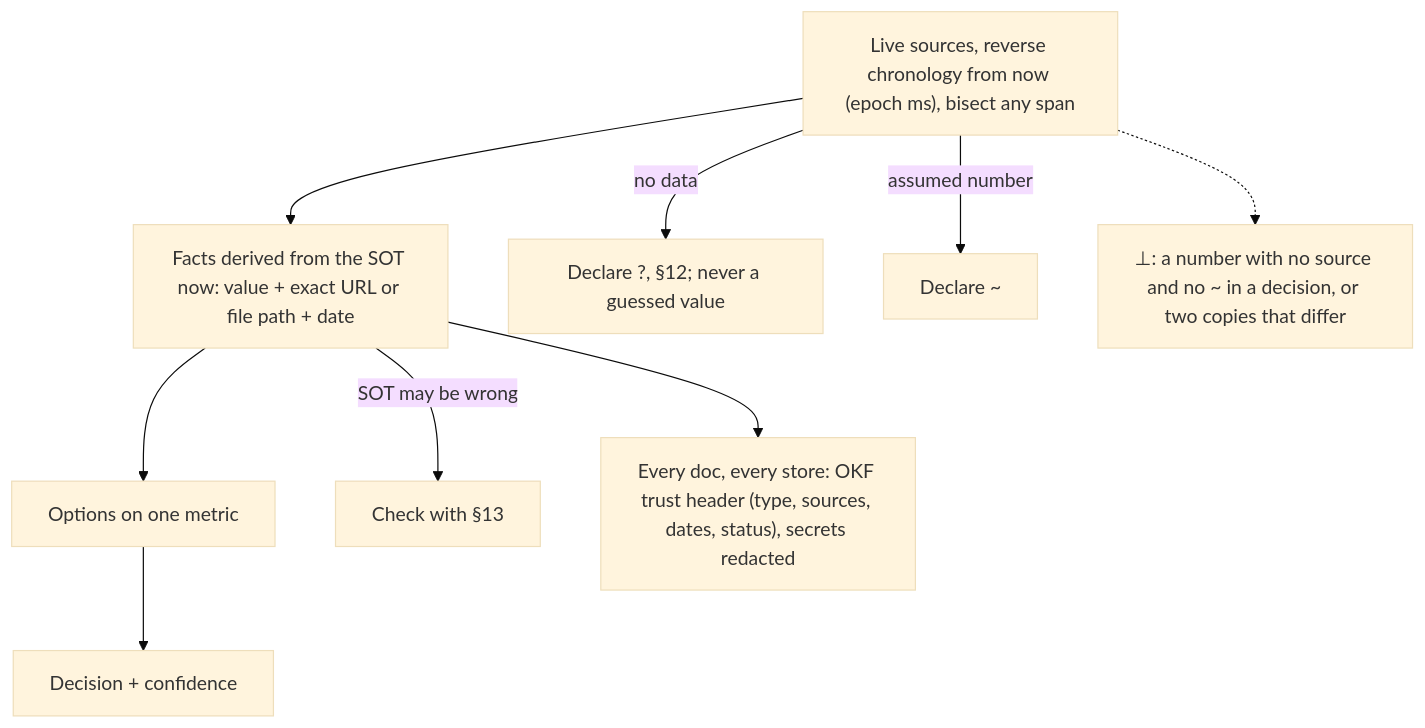
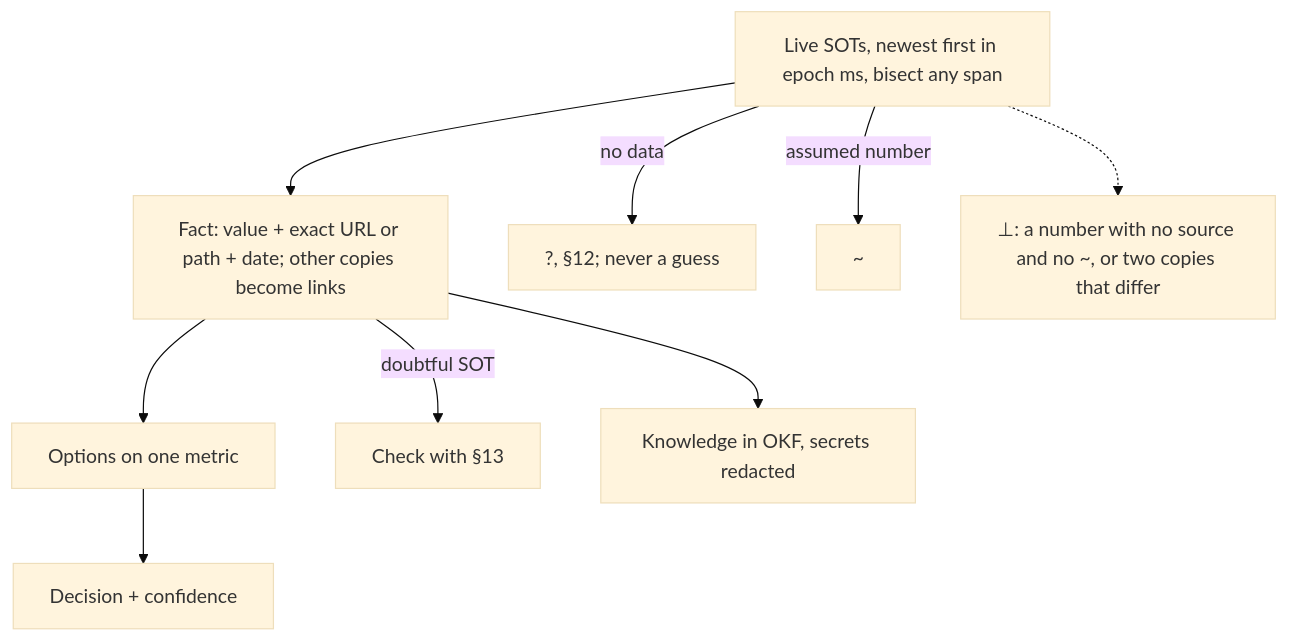
Before and after one commit to SolenixAI/arbiter: the sixth of 14 diagrams in AGENTS.md, drawn with Mermaid (base theme). The commit also changed other lines of this file and 1 other file, not shown here.

First line of the commit message:
refactor(agents): every token earns its place: -20.5% per request, all rules and forms kept

````diff
--- a/AGENTS.md
+++ b/AGENTS.md
@@ -314,10 +221,10 @@
 ```mermaid
 flowchart TD
-  D["Live sources, reverse chronology from now (epoch ms), bisect any span"] --> E[Facts derived from the SOT now: value + exact URL or file path + date]
+  D["Live SOTs, newest first in epoch ms, bisect any span"] --> E["Fact: value + exact URL or path + date; other copies become links"]
   E --> O[Options on one metric] --> C[Decision + confidence]
-  D -->|no data| U["Declare ?, §12; never a guessed value"]
-  D -->|assumed number| U2["Declare ~"]
-  E -->|SOT may be wrong| S13[Check with §13]
-  E --> K["Every doc, every store: OKF trust header (type, sources, dates, status), secrets redacted"]
-  D -.-> BOT["⊥: a number with no source and no ~ in a decision, or two copies that differ"]
+  D -->|no data| U["?, §12; never a guess"]
+  D -->|assumed number| U2["~"]
+  E -->|doubtful SOT| S13[Check with §13]
+  E --> K["Knowledge in OKF, secrets redacted"]
+  D -.-> BOT["⊥: a number with no source and no ~, or two copies that differ"]
 ```
````
